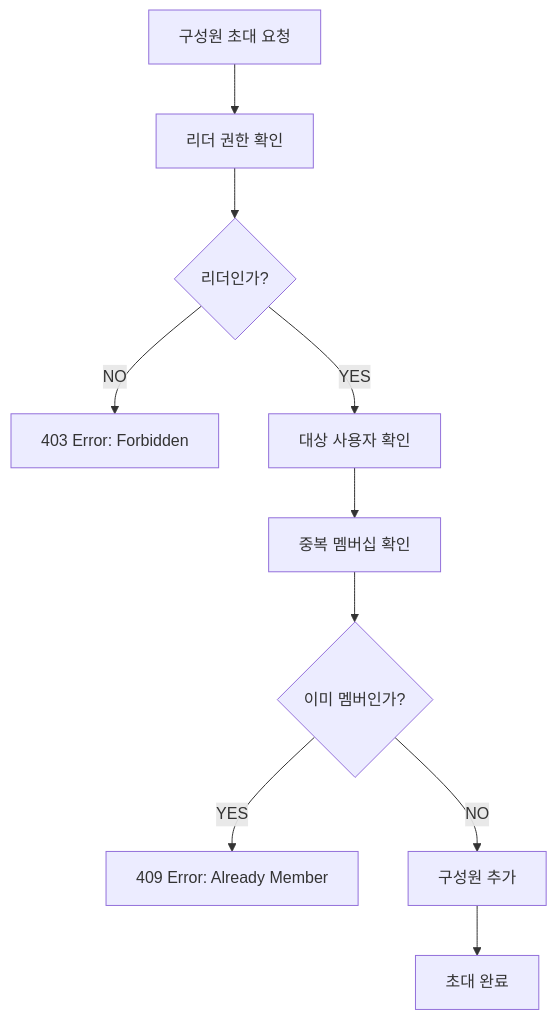
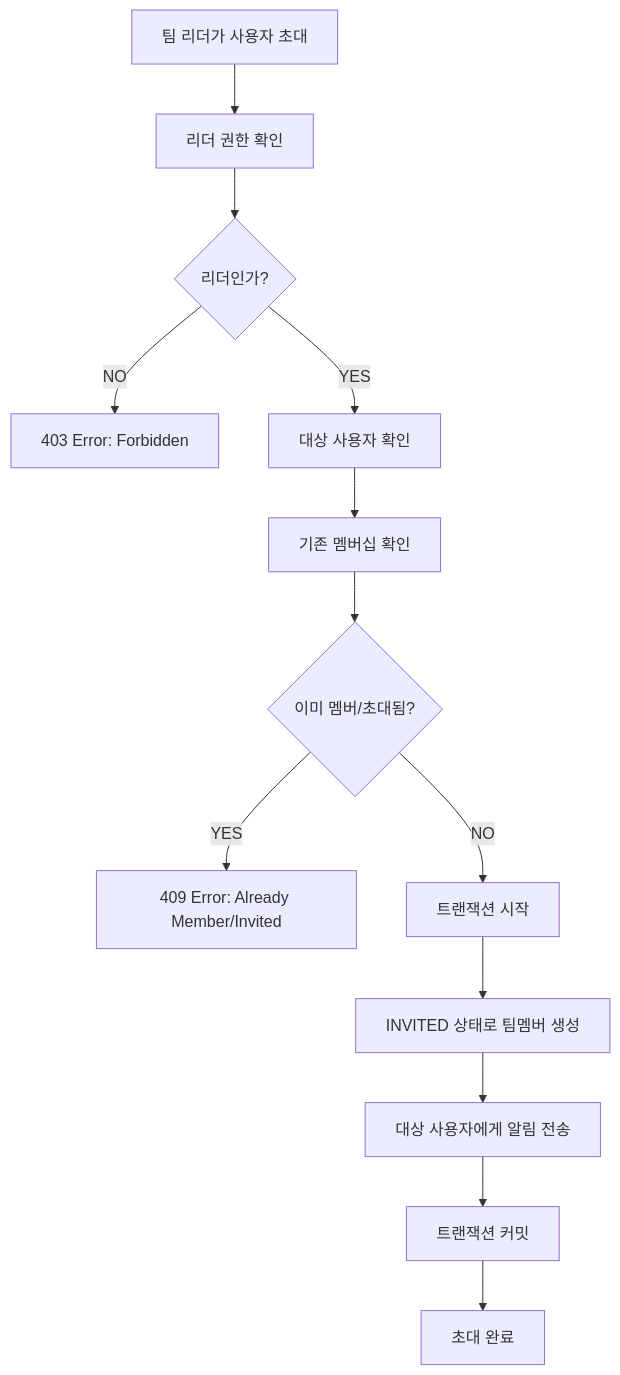
Before and after one commit to DOforTU/tulog-server: the second of 7 diagrams in docs/pipelines/TEAM_MANAGEMENT_PIPELINE.md, drawn with Mermaid. The commit also changed other lines of this file and 4 other files, not shown here.

````diff
--- a/docs/pipelines/TEAM_MANAGEMENT_PIPELINE.md
+++ b/docs/pipelines/TEAM_MANAGEMENT_PIPELINE.md
@@ -106,12 +106,15 @@
 ```mermaid
 graph TD
-    A[구성원 초대 요청] --> B[리더 권한 확인]
+    A[팀 리더가 사용자 초대] --> B[리더 권한 확인]
     B --> C{리더인가?}
     C -->|NO| D[403 Error: Forbidden]
     C -->|YES| E[대상 사용자 확인]
-    E --> F[중복 멤버십 확인]
-    F --> G{이미 멤버인가?}
-    G -->|YES| H[409 Error: Already Member]
-    G -->|NO| I[구성원 추가]
-    I --> J[초대 완료]
+    E --> F[기존 멤버십 확인]
+    F --> G{이미 멤버/초대됨?}
+    G -->|YES| H[409 Error: Already Member/Invited]
+    G -->|NO| I[트랜잭션 시작]
+    I --> J[INVITED 상태로 팀멤버 생성]
+    J --> K[대상 사용자에게 알림 전송]
+    K --> L[트랜잭션 커밋]
+    L --> M[초대 완료]
 ```
````
